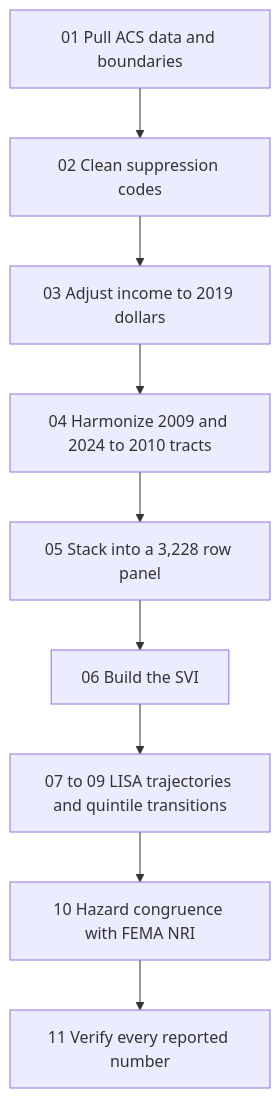
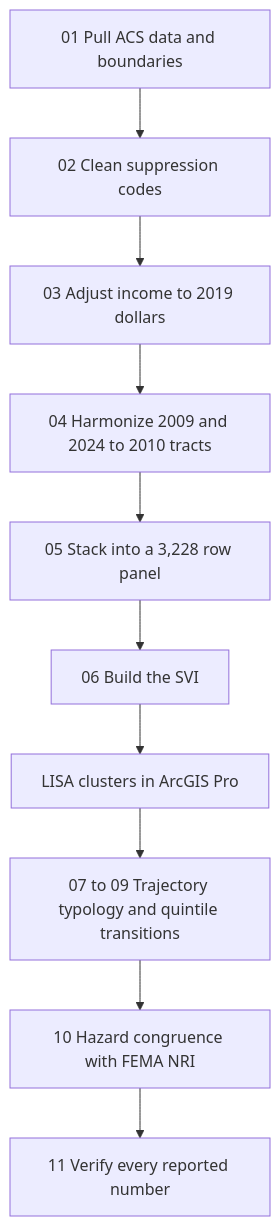
The diagram in README.md (MoPhD26/texas-svi-pipeline), drawn with Mermaid before and after one commit. The commit also changed other lines of this file and 5 other files, not shown here.

Commit message:
Add LISA verification, trajectory typology, and transition matrices (steps 07 to 09)

````diff
--- a/README.md
+++ b/README.md
@@ -82,11 +82,12 @@
 ```mermaid
 flowchart TD
     A["01 Pull ACS data and boundaries"] --> B["02 Clean suppression codes"]
     B --> C["03 Adjust income to 2019 dollars"]
     C --> D["04 Harmonize 2009 and 2024 to 2010 tracts"]
     D --> F["05 Stack into a 3,228 row panel"]
     F --> G["06 Build the SVI"]
-    G --> T["07 to 09 LISA trajectories and quintile transitions"]
+    G --> L["LISA clusters in ArcGIS Pro"]
+    L --> T["07 to 09 Trajectory typology and quintile transitions"]
     T --> H["10 Hazard congruence with FEMA NRI"]
     H --> V["11 Verify every reported number"]
 ```
````
